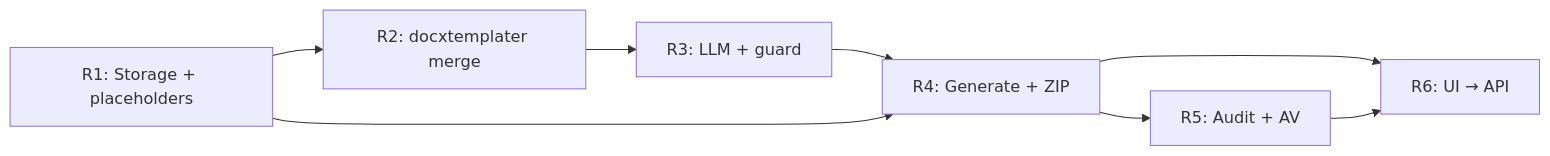
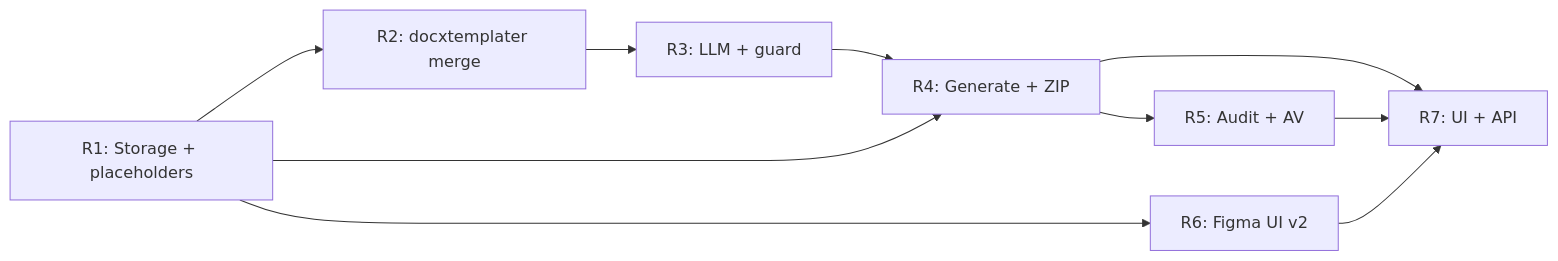
The diagram in docs/plans/BL18_REMEDIATION_PLAN.md (Plaxotin/AI-PMO), drawn with Mermaid before and after one commit. The commit also changed other lines of this file and 1 other file, not shown here.

First line of the commit message:
docs(BL-18): add Figma v2 design migration to remediation plan

````diff
--- a/docs/plans/BL18_REMEDIATION_PLAN.md
+++ b/docs/plans/BL18_REMEDIATION_PLAN.md
@@ -300,16 +370,19 @@
 ```mermaid
 flowchart LR
   R1[R1: Storage + placeholders]
   R2[R2: docxtemplater merge]
   R3[R3: LLM + guard]
   R4[R4: Generate + ZIP]
   R5[R5: Audit + AV]
-  R6[R6: UI → API]
+  R6[R6: Figma UI v2]
+  R7[R7: UI + API]
   R1 --> R2
   R2 --> R3
   R3 --> R4
   R1 --> R4
+  R1 --> R6
   R4 --> R5
-  R4 --> R6
-  R5 --> R6
+  R4 --> R7
+  R5 --> R7
+  R6 --> R7
 ```
````
